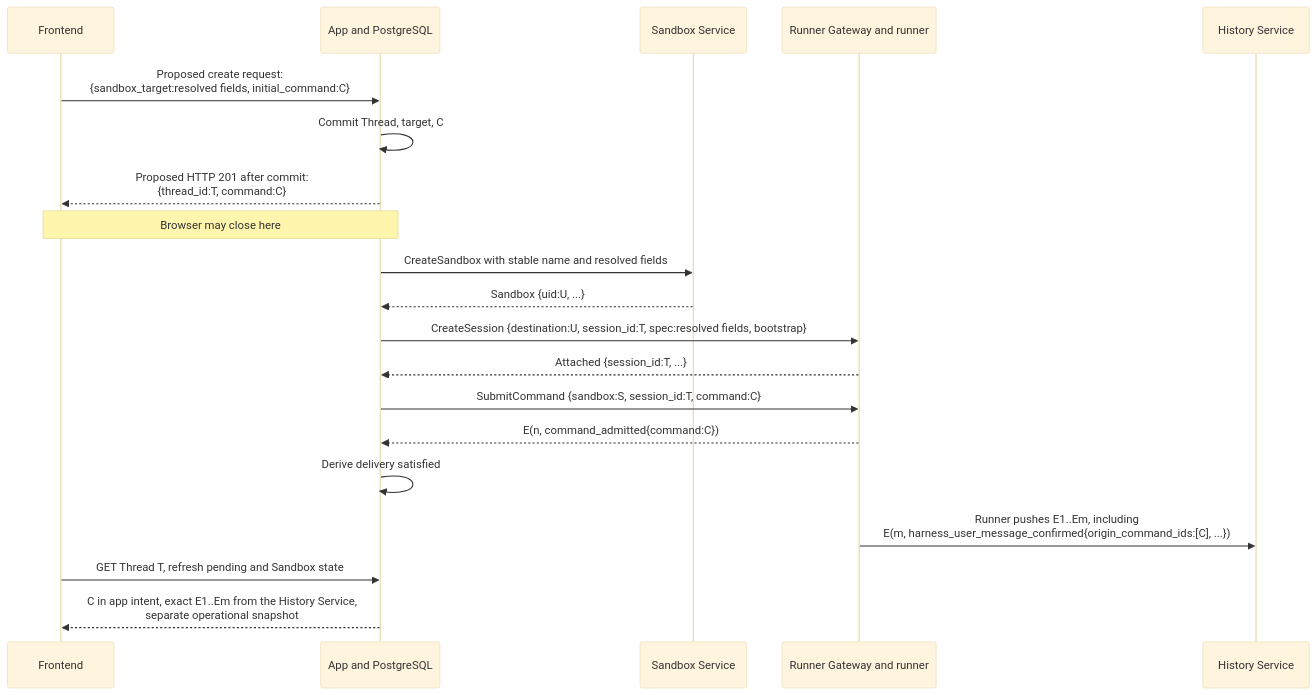
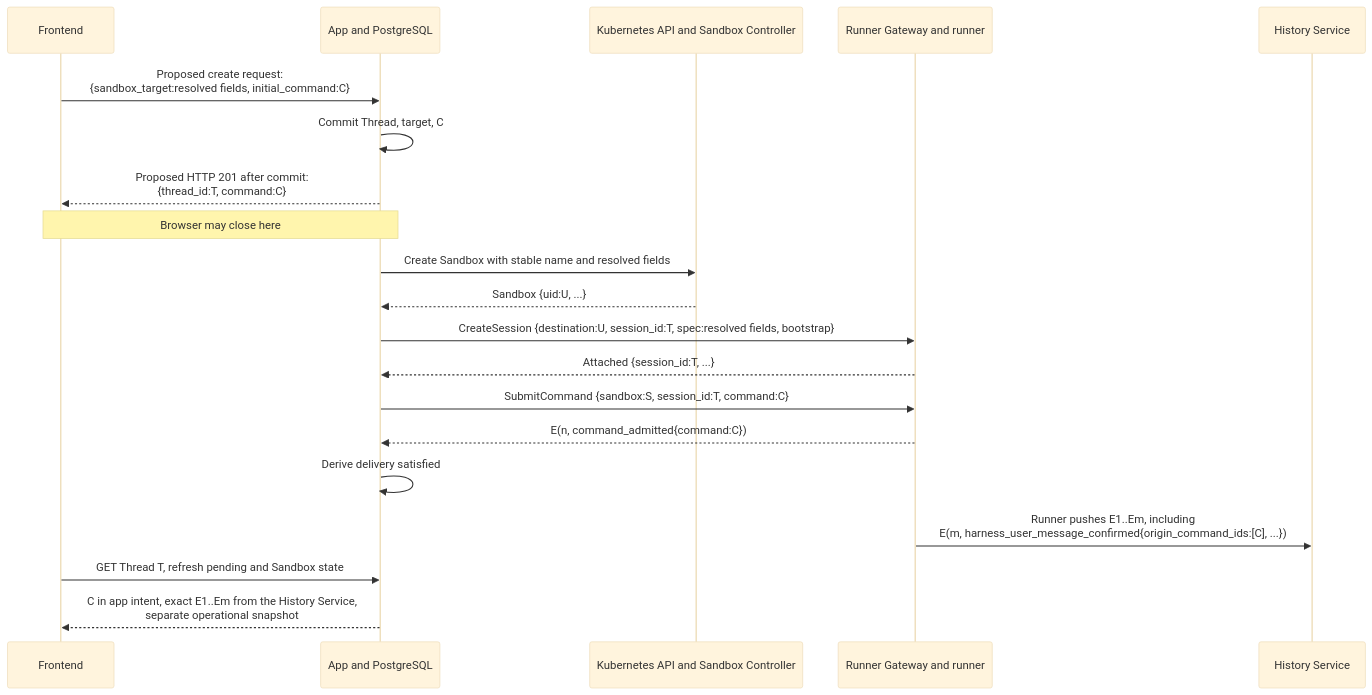
Before and after one commit to agentydragon-agent/ducktape: the third of 6 diagrams in agentplane/docs/thread_layering.md, drawn with Mermaid (base theme). The commit also changed other lines of this file and 77 other files, not shown here.

First line of the commit message:
Remove app Sandbox Service client path (#10524)

````diff
--- a/agentplane/docs/thread_layering.md
+++ b/agentplane/docs/thread_layering.md
@@ -352,22 +354,22 @@
 ```mermaid
 sequenceDiagram
     participant F as Frontend
     participant A as App and PostgreSQL
-    participant S as Sandbox Service
+    participant K as Kubernetes API and Sandbox Controller
     participant G as Runner Gateway and runner
     participant HS as History Service
     F->>A: Proposed create request:<br/>{sandbox_target:resolved fields, initial_command:C}
     A->>A: Commit Thread, target, C
     A-->>F: Proposed HTTP 201 after commit:<br/>{thread_id:T, command:C}
     Note over F,A: Browser may close here
-    A->>S: CreateSandbox with stable name and resolved fields
-    S-->>A: Sandbox {uid:U, ...}
+    A->>K: Create Sandbox with stable name and resolved fields
+    K-->>A: Sandbox {uid:U, ...}
     A->>G: CreateSession {destination:U, session_id:T, spec:resolved fields, bootstrap}
     G-->>A: Attached {session_id:T, ...}
     A->>G: SubmitCommand {sandbox:S, session_id:T, command:C}
     G-->>A: E(n, command_admitted{command:C})
     A->>A: Derive delivery satisfied
     G->>HS: Runner pushes E1..Em, including<br/>E(m, harness_user_message_confirmed{origin_command_ids:[C], ...})
     F->>A: GET Thread T, refresh pending and Sandbox state
     A-->>F: C in app intent, exact E1..Em from the History Service,<br/>separate operational snapshot
 ```
````
